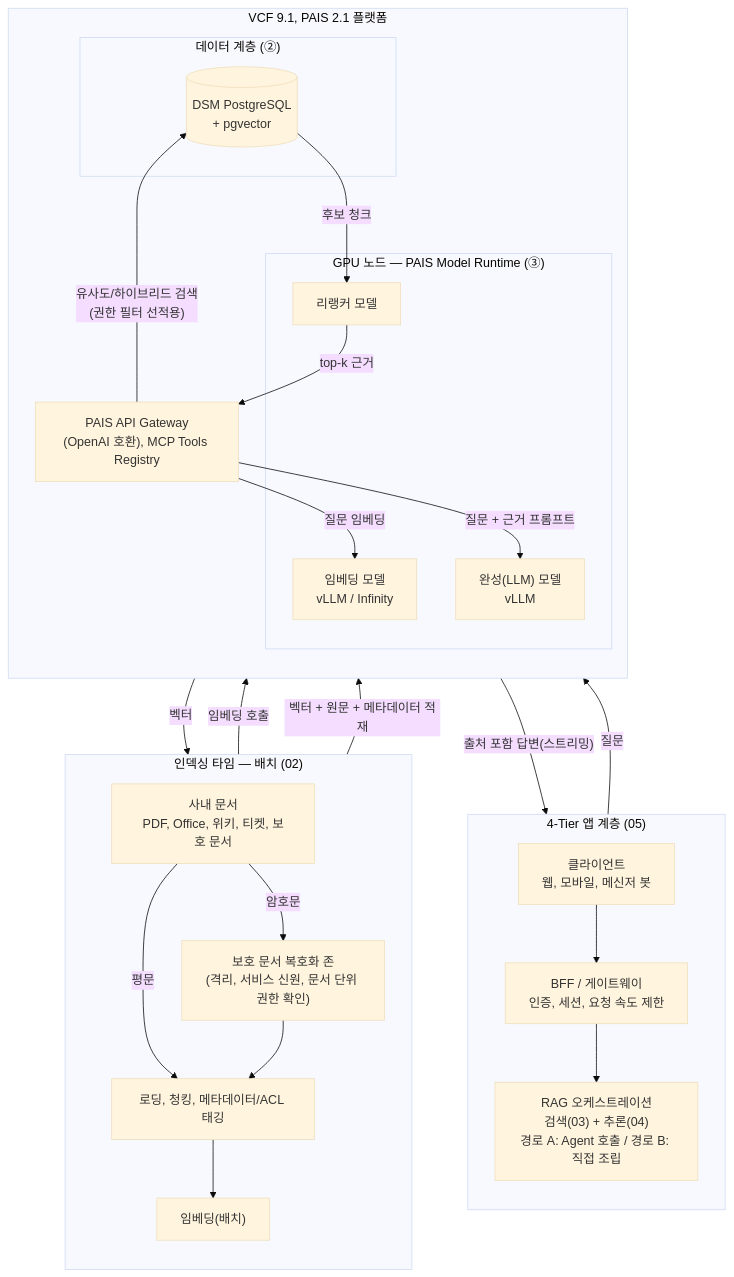
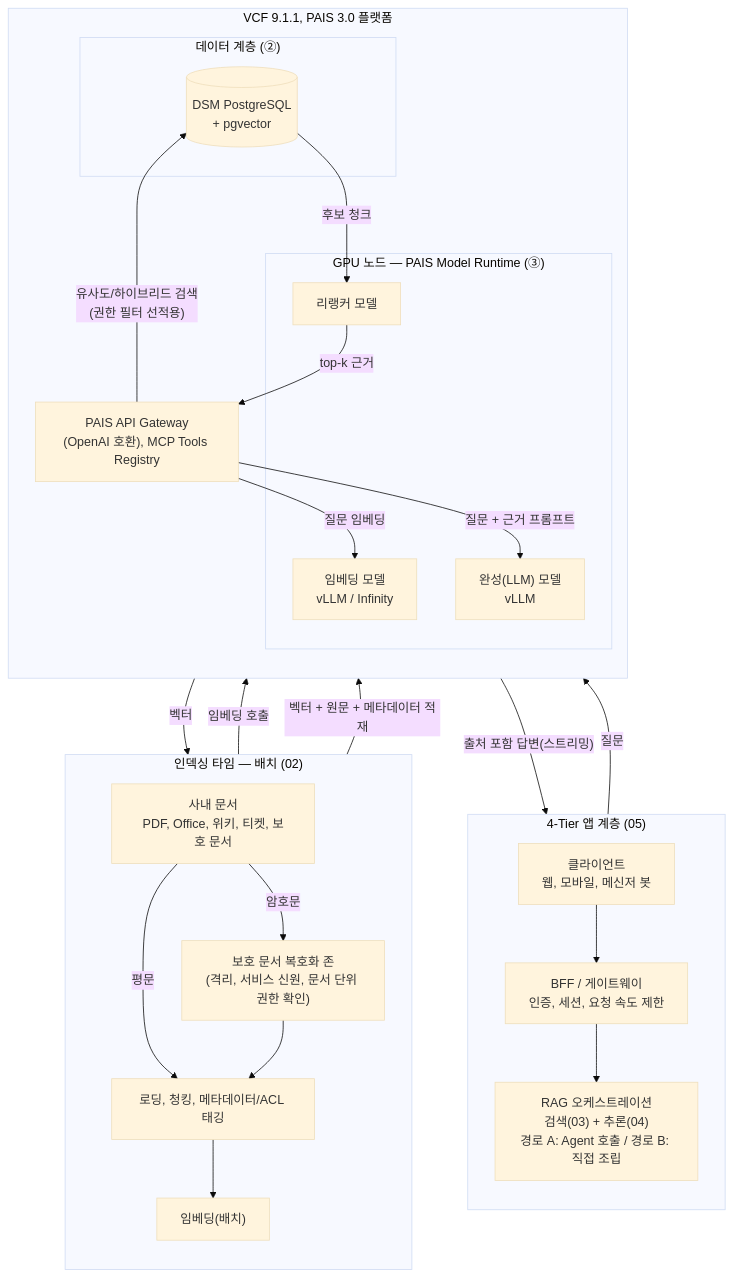
The diagram in 04-rag/docs/01-reference-architecture.md (JaeHoYun/vcf-private-ai), drawn with Mermaid (base theme) before and after one commit. The commit also changed other lines of this file and 22 other files, not shown here.

````diff
--- a/04-rag/docs/01-reference-architecture.md
+++ b/04-rag/docs/01-reference-architecture.md
@@ -38,48 +38,48 @@
 ```mermaid
 flowchart TB
     subgraph TIER["4-Tier 앱 계층 (05)"]
         direction TB
         CLIENT["클라이언트<br/>웹, 모바일, 메신저 봇"]
         BFF["BFF / 게이트웨이<br/>인증, 세션, 요청 속도 제한"]
         ORCH["RAG 오케스트레이션<br/>검색(03) + 추론(04)<br/>경로 A: Agent 호출 / 경로 B: 직접 조립"]
         CLIENT --> BFF --> ORCH
     end
 
     subgraph INDEX["인덱싱 타임 — 배치 (02)"]
         direction TB
         DOCS["사내 문서<br/>PDF, Office, 위키, 티켓, 보호 문서"]
         DEC["보호 문서 복호화 존<br/>(격리, 서비스 신원, 문서 단위 권한 확인)"]
         LOAD["로딩, 청킹, 메타데이터/ACL 태깅"]
         EMB1["임베딩(배치)"]
         DOCS -->|"평문"| LOAD
         DOCS -->|"암호문"| DEC --> LOAD
         LOAD --> EMB1
     end
 
-    subgraph PLATFORM["VCF 9.1, PAIS 2.1 플랫폼"]
+    subgraph PLATFORM["VCF 9.1.1, PAIS 3.0 플랫폼"]
         direction TB
         subgraph GPU["GPU 노드 — PAIS Model Runtime (③)"]
             EMBM["임베딩 모델<br/>vLLM / Infinity"]
             RERANK["리랭커 모델"]
             LLM["완성(LLM) 모델<br/>vLLM"]
         end
         subgraph DATA["데이터 계층 (②)"]
             PG[("DSM PostgreSQL<br/>+ pgvector")]
         end
         GW["PAIS API Gateway<br/>(OpenAI 호환), MCP Tools Registry"]
     end
 
     %% 인덱싱 타임 데이터 흐름
     EMB1 -->|"임베딩 호출"| EMBM
     EMBM -->|"벡터"| EMB1
     EMB1 -->|"벡터 + 원문 + 메타데이터 적재"| PG
 
     %% 쿼리 타임 데이터 흐름
     ORCH -->|"질문"| GW
     GW -->|"질문 임베딩"| EMBM
     GW -->|"유사도/하이브리드 검색<br/>(권한 필터 선적용)"| PG
     PG -->|"후보 청크"| RERANK
     RERANK -->|"top-k 근거"| GW
     GW -->|"질문 + 근거 프롬프트"| LLM
     LLM -->|"출처 포함 답변(스트리밍)"| ORCH
 ```
````
